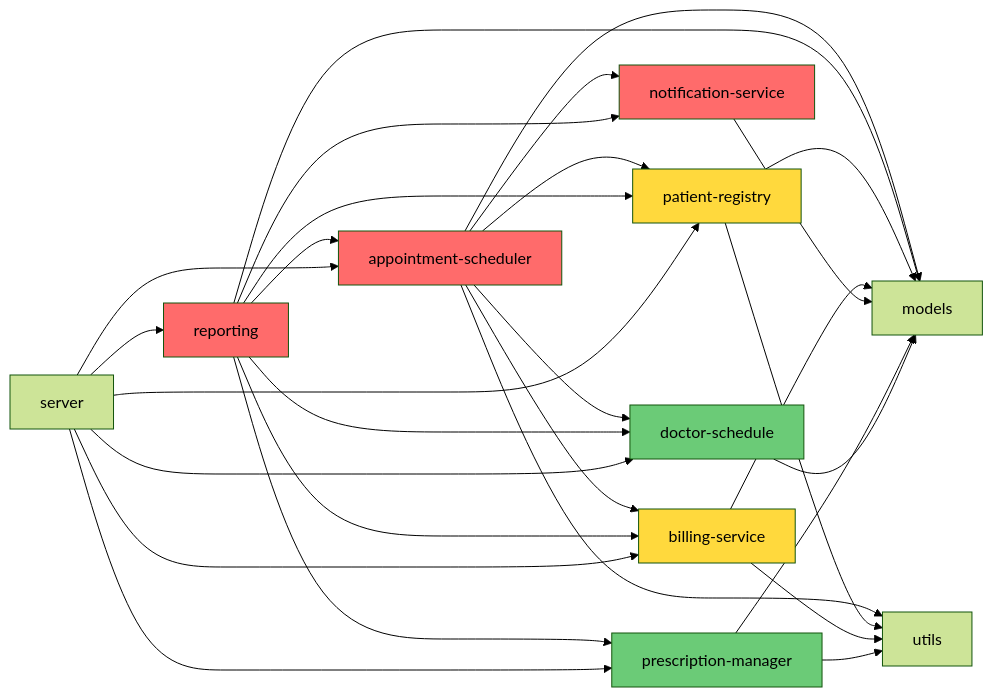
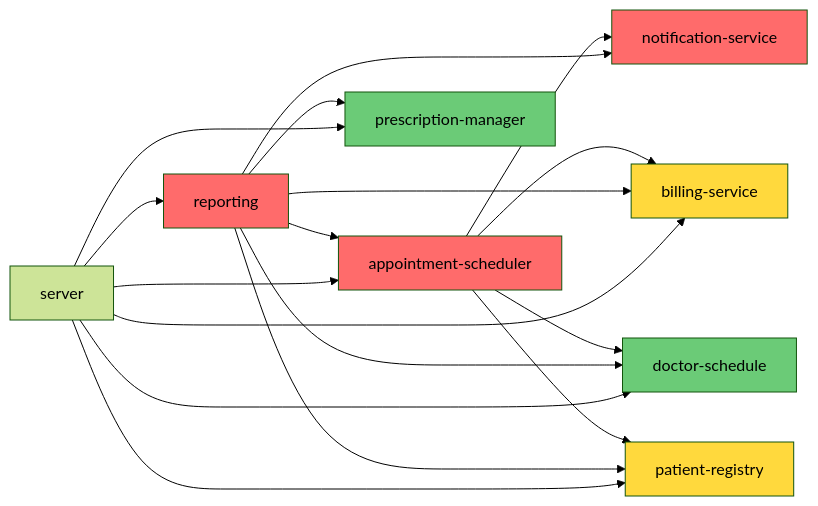
Before and after one commit to camplight/LegacyCodeCourse: the diagram in session-3/demos/demo-4-migration-planning/GOAL.md, drawn with Mermaid (forest theme). The commit also changed other lines of this file and 4 other files, not shown here.

````diff
--- a/session-3/demos/demo-4-migration-planning/GOAL.md
+++ b/session-3/demos/demo-4-migration-planning/GOAL.md
@@ -129,38 +70,27 @@
 ```mermaid
 graph LR
     AS[appointment-scheduler] --> DS[doctor-schedule]
     AS --> PR[patient-registry]
     AS --> BS[billing-service]
     AS --> NS[notification-service]
-    AS --> U[utils]
-    AS --> M[models]
     RPT[reporting] --> AS
     RPT --> PR
     RPT --> BS
     RPT --> DS
     RPT --> PM[prescription-manager]
     RPT --> NS
-    RPT --> M
-    PR --> M
-    PR --> U
-    BS --> M
-    BS --> U
-    NS --> M
-    PM --> M
-    PM --> U
-    DS --> M
     S[server] --> AS
     S --> PR
     S --> DS
     S --> BS
     S --> PM
     S --> RPT
 
     style AS fill:#ff6b6b
     style RPT fill:#ff6b6b
     style NS fill:#ff6b6b
     style BS fill:#ffd93d
     style PR fill:#ffd93d
     style DS fill:#6bcb77
     style PM fill:#6bcb77
 ```
````
